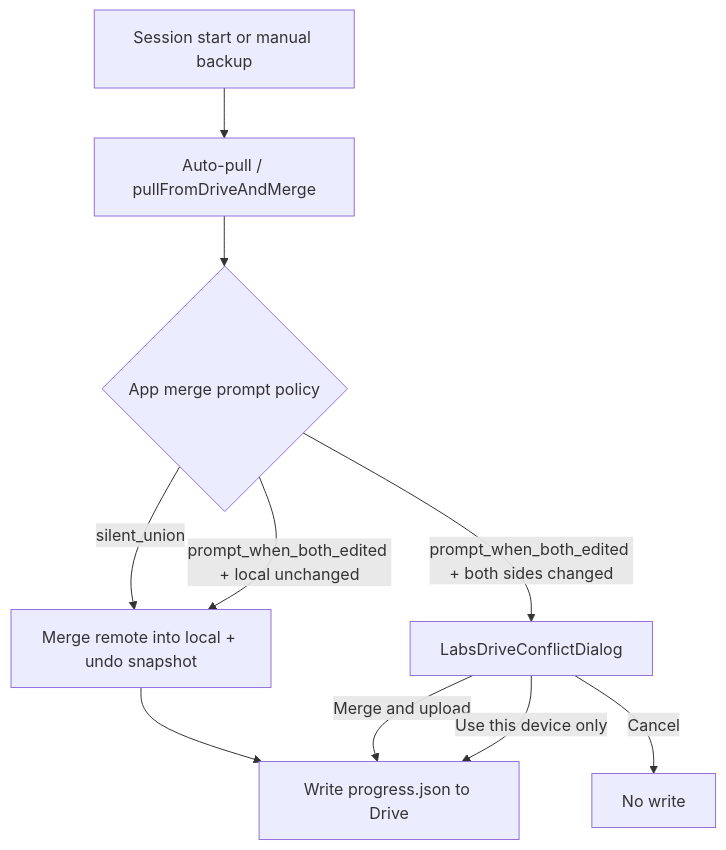
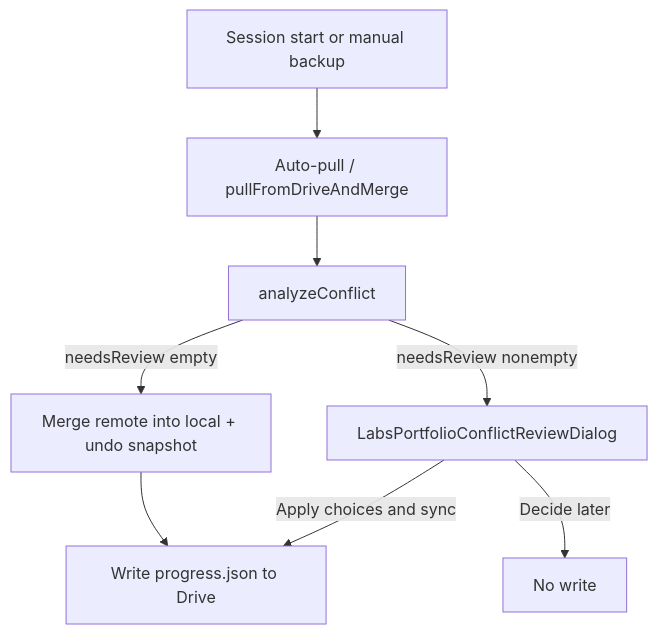
Before and after one commit to tiffz/labs: the second of 2 diagrams in docs/LOCAL_FIRST_SYNC.md, drawn with Mermaid. The commit also changed other lines of this file and 37 other files, not shown here.

First line of the commit message:
Drive sync: silent union by default; prompt only for true row conflicts.

````diff
--- a/docs/LOCAL_FIRST_SYNC.md
+++ b/docs/LOCAL_FIRST_SYNC.md
@@ -166,19 +176,17 @@
 ```mermaid
 flowchart TD
   Start[Session start or manual backup]
   AutoPull[Auto-pull / pullFromDriveAndMerge]
-  Policy{App merge prompt policy}
+  Analyze[analyzeConflict]
   SilentMerge[Merge remote into local + undo snapshot]
-  Dialog[LabsDriveConflictDialog]
+  Review[LabsPortfolioConflictReviewDialog]
   Push[Write progress.json to Drive]
 
   Start --> AutoPull
-  AutoPull --> Policy
-  Policy -->|silent_union| SilentMerge
-  Policy -->|prompt_when_both_edited + both sides changed| Dialog
-  Policy -->|prompt_when_both_edited + local unchanged| SilentMerge
+  AutoPull --> Analyze
+  Analyze -->|needsReview empty| SilentMerge
+  Analyze -->|needsReview nonempty| Review
   SilentMerge --> Push
-  Dialog -->|Merge and upload| Push
-  Dialog -->|Use this device only| Push
-  Dialog -->|Cancel| Stop[No write]
+  Review -->|Apply choices and sync| Push
+  Review -->|Decide later| Stop[No write]
 ```
````
